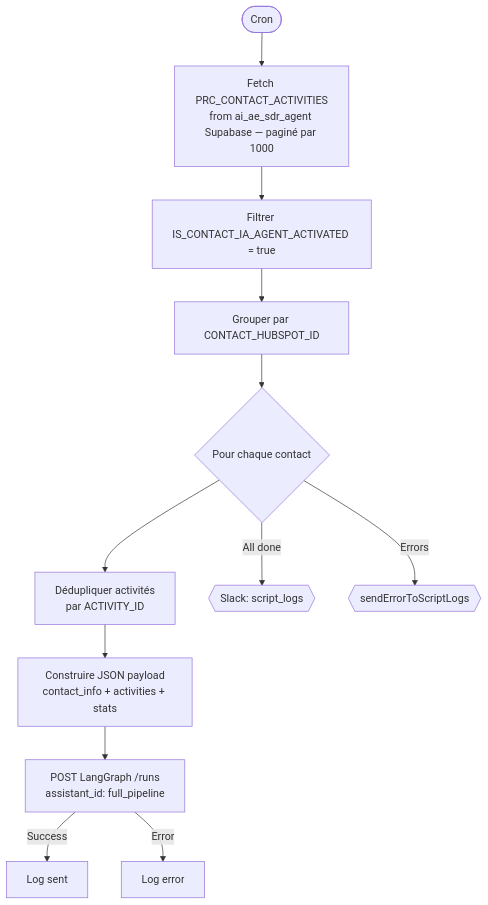
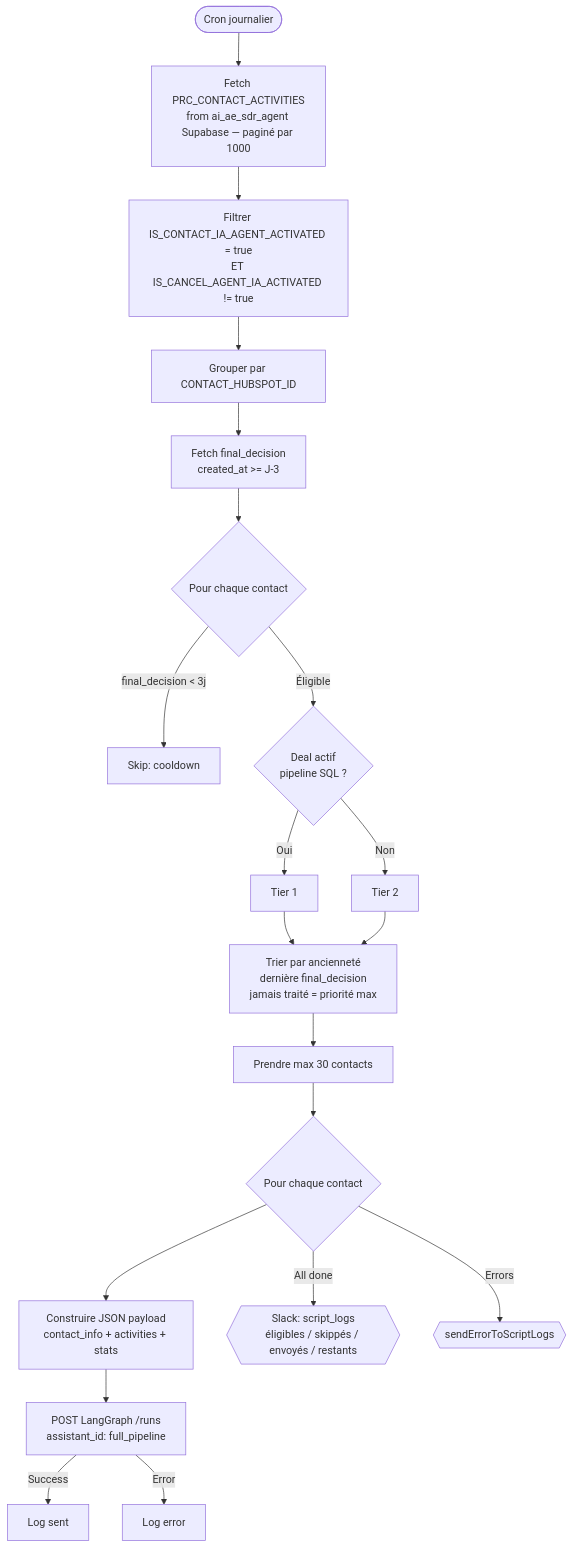
Diagram 15 of 23 in CLAUDE.md (AirSaas/linkedin-scrapp), drawn with Mermaid before and after one commit. The commit also changed other lines of this file and 1 other file, not shown here.

Commit message:
Add daily cap, cooldown, and deal-based prioritization to send-contacts-to-langgraph
- Skip contacts with final_decision < 3 days (cooldown)
- Tier 1: contacts with active pipeline SQL deal (prioritized)
- Tier 2: all other contacts
- Within each tier: never-processed first, then oldest decision first
- Cap at 30 contacts per run (configurable MAX_CONTACTS_PER_RUN)
- Enhanced Slack recap with eligibles/skipped/tiers/remaining

````diff
--- a/CLAUDE.md
+++ b/CLAUDE.md
@@ -370,14 +370,24 @@
 ```mermaid
 flowchart TD
-    A([Cron]) --> B[Fetch PRC_CONTACT_ACTIVITIES<br/>from ai_ae_sdr_agent Supabase — paginé par 1000]
-    B --> C[Filtrer IS_CONTACT_IA_AGENT_ACTIVATED = true]
+    A([Cron journalier]) --> B[Fetch PRC_CONTACT_ACTIVITIES<br/>from ai_ae_sdr_agent Supabase — paginé par 1000]
+    B --> C[Filtrer IS_CONTACT_IA_AGENT_ACTIVATED = true<br/>ET IS_CANCEL_AGENT_IA_ACTIVATED != true]
     C --> D[Grouper par CONTACT_HUBSPOT_ID]
-    D --> E{Pour chaque contact}
-    E --> F[Dédupliquer activités<br/>par ACTIVITY_ID]
-    F --> G[Construire JSON payload<br/>contact_info + activities + stats]
-    G --> H[POST LangGraph /runs<br/>assistant_id: full_pipeline]
-    H -->|Success| I[Log sent]
-    H -->|Error| J[Log error]
-    E -->|All done| K{{Slack: script_logs}}
-    E -->|Errors| L{{sendErrorToScriptLogs}}
+
+    D --> E[Fetch final_decision<br/>created_at >= J-3]
+    E --> F{Pour chaque contact}
+    F -->|final_decision < 3j| G[Skip: cooldown]
+    F -->|Éligible| H{Deal actif<br/>pipeline SQL ?}
+    H -->|Oui| I[Tier 1]
+    H -->|Non| J[Tier 2]
+
+    I & J --> K[Trier par ancienneté<br/>dernière final_decision<br/>jamais traité = priorité max]
+    K --> L[Prendre max 30 contacts]
+
+    L --> M{Pour chaque contact}
+    M --> N[Construire JSON payload<br/>contact_info + activities + stats]
+    N --> O[POST LangGraph /runs<br/>assistant_id: full_pipeline]
+    O -->|Success| P[Log sent]
+    O -->|Error| Q[Log error]
+    M -->|All done| R{{Slack: script_logs<br/>éligibles / skippés / envoyés / restants}}
+    M -->|Errors| S{{sendErrorToScriptLogs}}
 ```
````
